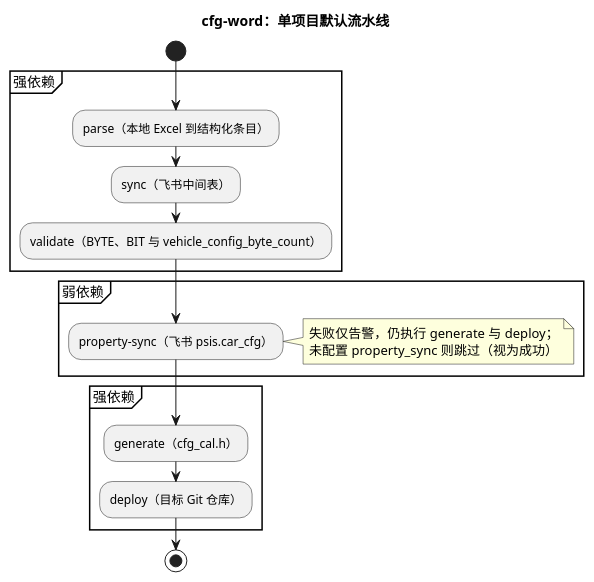
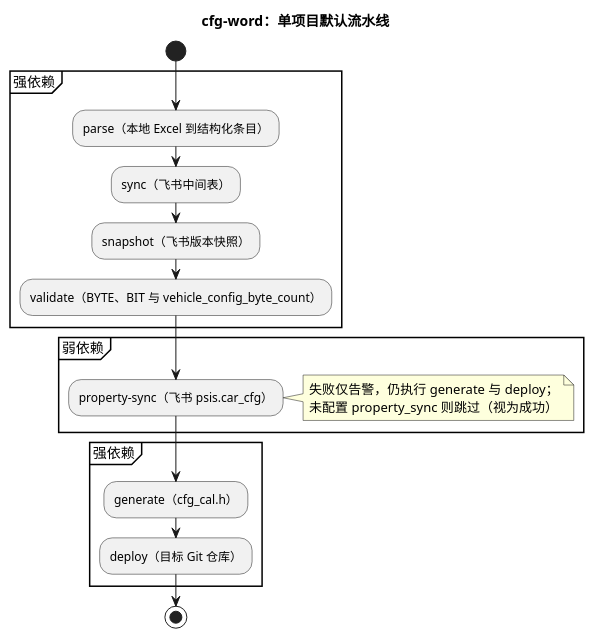
One commit to BryanRun/ADK changed the diagram in tools/tool_cfg_word/README.md. Above: the diagram before and after it, drawn with PlantUML. The commit also changed other lines of this file and 5 other files, not shown here.

````diff
--- a/tools/tool_cfg_word/README.md
+++ b/tools/tool_cfg_word/README.md
@@ -113,25 +115,26 @@
 ```plantuml
 @startuml tool_cfg_word_pipeline
 skinparam shadowing false
 title cfg-word：单项目默认流水线
 
 start
 partition "强依赖" {
   :parse（本地 Excel 到结构化条目）;
   :sync（飞书中间表）;
+  :snapshot（飞书版本快照）;
   :validate（BYTE、BIT 与 vehicle_config_byte_count）;
 }
 partition "弱依赖" {
   :property-sync（飞书 psis.car_cfg）;
   note right
     失败仅告警，仍执行 generate 与 deploy；
     未配置 property_sync 则跳过（视为成功）
   end note
 }
 partition "强依赖" {
   :generate（cfg_cal.h）;
   :deploy（目标 Git 仓库）;
 }
 stop
 @enduml
 ```
````
